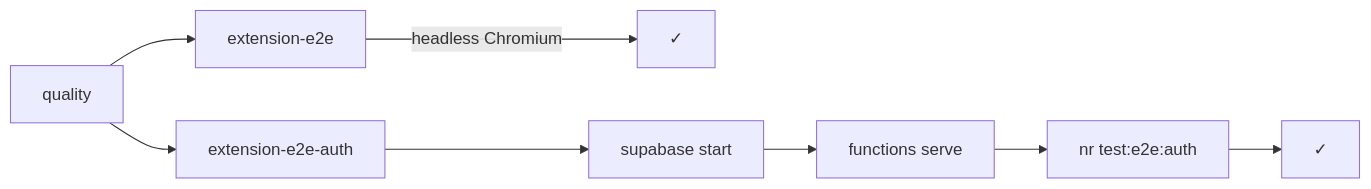
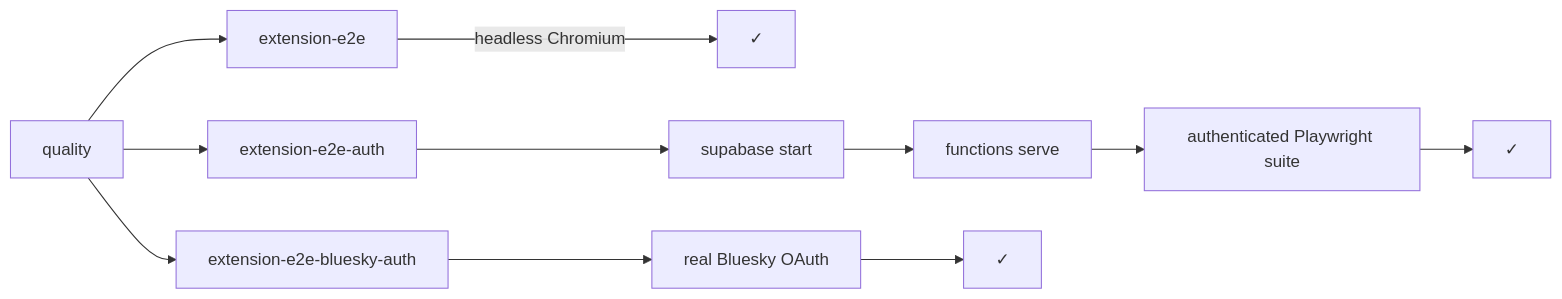
The second of 2 diagrams in TESTING.md (fettstorch/mustard), drawn with Mermaid before and after one commit. The commit also changed other lines of this file and 47 other files, not shown here.

````diff
--- a/TESTING.md
+++ b/TESTING.md
@@ -146,10 +197,13 @@
 ```mermaid
 flowchart LR
   quality --> smoke[extension-e2e]
   quality --> auth[extension-e2e-auth]
+  quality --> live[extension-e2e-bluesky-auth]
   smoke --> |headless Chromium| pass1[✓]
   auth --> supabase[supabase start]
   supabase --> fn[functions serve]
-  fn --> run[nr test:e2e:auth]
+  fn --> run[authenticated Playwright suite]
   run --> pass2[✓]
+  live --> provider[real Bluesky OAuth]
+  provider --> pass3[✓]
 ```
````
